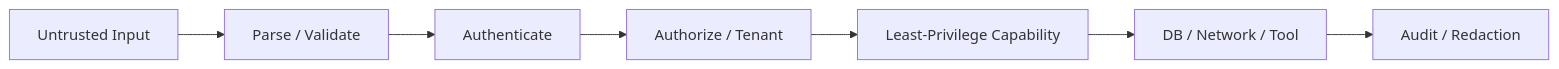
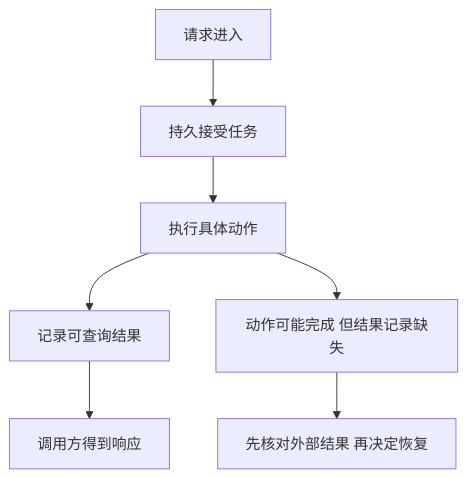
One commit to studyzhige-ui/ai-application-interview-handbook changed the diagram in curriculum/03-backend-engineering/review/README.md. Above: the diagram before and after it, drawn with Mermaid. The commit also changed other lines of this file and 38 other files, not shown here.

````diff
--- a/curriculum/03-backend-engineering/review/README.md
+++ b/curriculum/03-backend-engineering/review/README.md
@@ -124,9 +9,9 @@
 ```mermaid
-flowchart LR
-    A["Untrusted Input"] --> B["Parse / Validate"]
-    B --> C["Authenticate"]
-    C --> D["Authorize / Tenant"]
-    D --> E["Least-Privilege Capability"]
-    E --> F["DB / Network / Tool"]
-    F --> G["Audit / Redaction"]
+flowchart TD
+    A[请求进入] --> B[持久接受任务]
+    B --> C[执行具体动作]
+    C --> D[记录可查询结果]
+    D --> E[调用方得到响应]
+    C --> U[动作可能完成 但结果记录缺失]
+    U --> V[先核对外部结果 再决定恢复]
 ```
````
